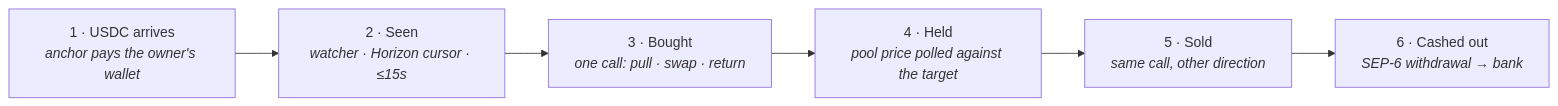
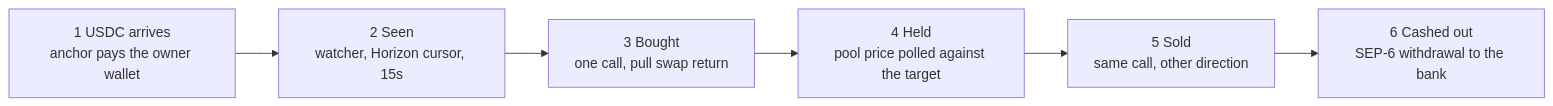
The second of 2 diagrams in README.md (murat48/Conduit), drawn with Mermaid before and after one commit. The commit also changed other lines of this file, not shown here.

Commit message:
docs: simplify the mermaid so GitHub renders it
The diagrams sat on "Loading" — GitHub's renderer never finished them, which
leaves the architecture section blank for anyone reading the repository, and
architecture is one of the things the submission asks for by name.

Taken out of the node labels: <i> tags, colons, equals signs, the arrow and the
less-than-or-equal glyph, and the apostrophe. What is left is text, commas and
<br/>, which is the syntax least likely to trip a parser. The diagrams say the
same thing.

````diff
--- a/README.md
+++ b/README.md
@@ -122,8 +122,8 @@
 ```mermaid
 flowchart LR
-    A["1 · USDC arrives<br/><i>anchor pays the owner's wallet</i>"] --> B["2 · Seen<br/><i>watcher · Horizon cursor · ≤15s</i>"]
-    B --> C["3 · Bought<br/><i>one call: pull · swap · return</i>"]
-    C --> D["4 · Held<br/><i>pool price polled against the target</i>"]
-    D --> E["5 · Sold<br/><i>same call, other direction</i>"]
-    E --> F["6 · Cashed out<br/><i>SEP-6 withdrawal → bank</i>"]
+    A["1 USDC arrives<br/>anchor pays the owner wallet"] --> B["2 Seen<br/>watcher, Horizon cursor, 15s"]
+    B --> C["3 Bought<br/>one call, pull swap return"]
+    C --> D["4 Held<br/>pool price polled against the target"]
+    D --> E["5 Sold<br/>same call, other direction"]
+    E --> F["6 Cashed out<br/>SEP-6 withdrawal to the bank"]
 ```
````
